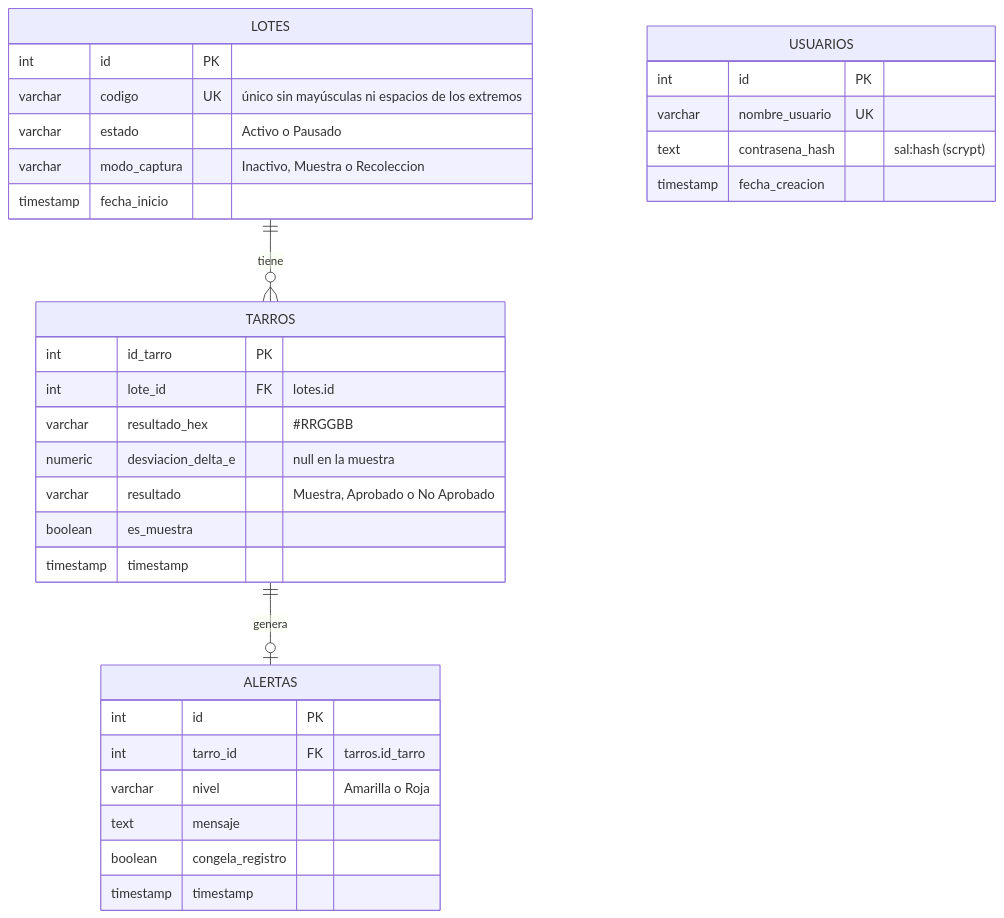
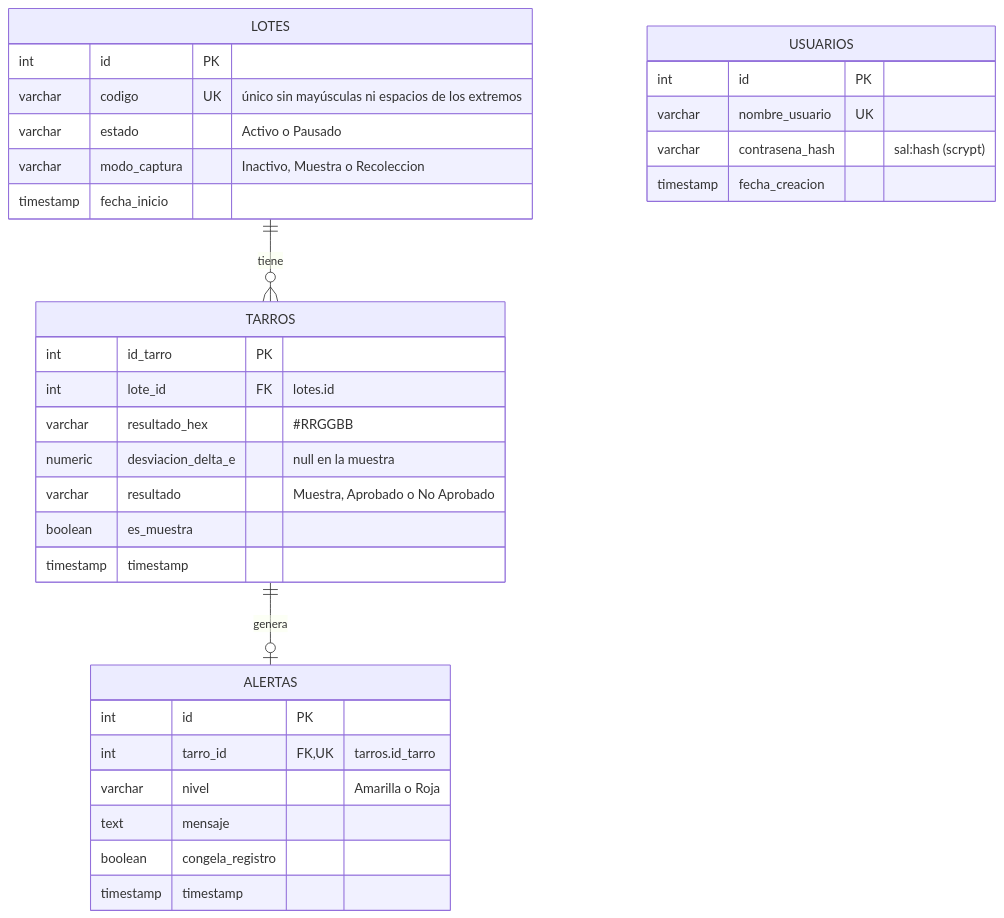
One commit to Laurennkr/ChromaCheck changed the diagram in docs/datos/modelo.md. Above: the diagram before and after it, drawn with Mermaid. The commit also changed other lines of this file and 6 other files, not shown here.

````diff
--- a/docs/datos/modelo.md
+++ b/docs/datos/modelo.md
@@ -9,36 +9,36 @@
 ```mermaid
 erDiagram
   LOTES ||--o{ TARROS : "tiene"
   TARROS ||--o| ALERTAS : "genera"
 
   LOTES {
     int id PK
     varchar codigo UK "único sin mayúsculas ni espacios de los extremos"
     varchar estado "Activo o Pausado"
     varchar modo_captura "Inactivo, Muestra o Recoleccion"
     timestamp fecha_inicio
   }
   TARROS {
     int id_tarro PK
     int lote_id FK "lotes.id"
     varchar resultado_hex "#RRGGBB"
     numeric desviacion_delta_e "null en la muestra"
     varchar resultado "Muestra, Aprobado o No Aprobado"
     boolean es_muestra
     timestamp timestamp
   }
   ALERTAS {
     int id PK
-    int tarro_id FK "tarros.id_tarro"
+    int tarro_id FK,UK "tarros.id_tarro"
     varchar nivel "Amarilla o Roja"
     text mensaje
     boolean congela_registro
     timestamp timestamp
   }
   USUARIOS {
     int id PK
     varchar nombre_usuario UK
-    text contrasena_hash "sal:hash (scrypt)"
+    varchar contrasena_hash "sal:hash (scrypt)"
     timestamp fecha_creacion
   }
 ```
````
